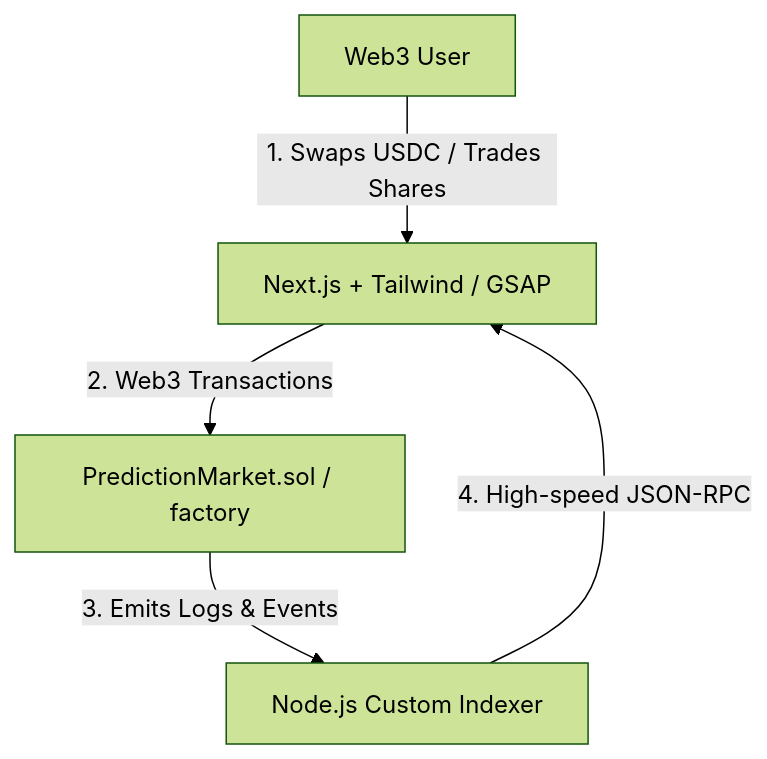
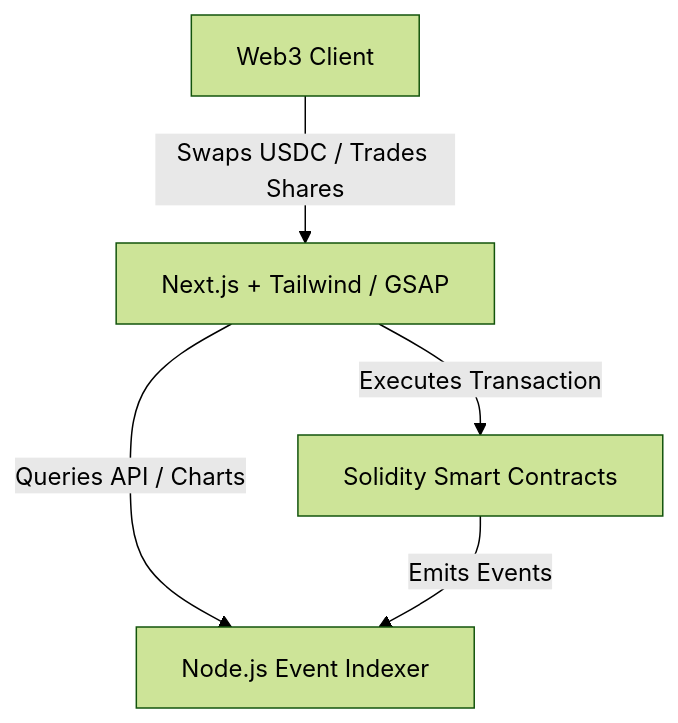
The diagram in src/app/blog/posts/en/arcade-prediction-market.mdx (once-ui-system/magic-portfolio), drawn with Mermaid (forest theme) before and after one commit. The commit also changed other lines of this file and 5 other files, not shown here.

````diff
--- a/src/app/blog/posts/en/arcade-prediction-market.mdx
+++ b/src/app/blog/posts/en/arcade-prediction-market.mdx
@@ -32,7 +30,7 @@
 ```mermaid
 graph TD
-    User[Web3 User] -->|1. Swaps USDC / Trades Shares| Frontend[Next.js + Tailwind / GSAP]
-    Frontend -->|2. Web3 Transactions| Contracts[PredictionMarket.sol / factory]
-    Contracts -->|3. Emits Logs & Events| Indexer[Node.js Custom Indexer]
-    Indexer -->|4. High-speed JSON-RPC| Frontend
+    User[Web3 Client] -->|Swaps USDC / Trades Shares| Frontend[Next.js + Tailwind / GSAP]
+    Frontend -->|Queries API / Charts| Indexer[Node.js Event Indexer]
+    Frontend -->|Executes Transaction| Contracts[Solidity Smart Contracts]
+    Contracts -->|Emits Events| Indexer
 ```
````
